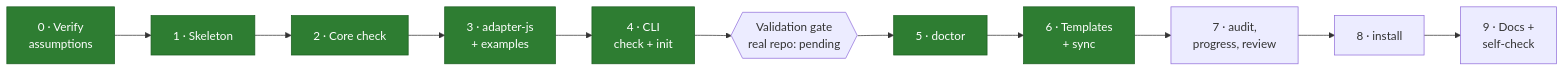
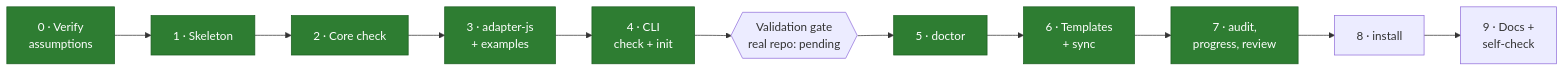
Diagram 13 of 13 in README.md (fredarcito/reins), drawn with Mermaid before and after one commit. The commit also changed other lines of this file and 13 other files, not shown here.

````diff
--- a/README.md
+++ b/README.md
@@ -452,8 +493,8 @@
 ```mermaid
 flowchart LR
     p0["0 · Verify<br/>assumptions"]:::done --> p1["1 · Skeleton"]:::done
     p1 --> p2["2 · Core check"]:::done --> p3["3 · adapter-js<br/>+ examples"]:::done --> p4["4 · CLI<br/>check + init"]:::done
     p4 --> gate{{"Validation gate<br/>real repo: pending"}}
-    gate --> p5["5 · doctor"]:::done --> p6["6 · Templates<br/>+ sync"]:::done --> p7["7 · audit,<br/>progress, review"] --> p8["8 · install"] --> p9["9 · Docs +<br/>self-check"]
+    gate --> p5["5 · doctor"]:::done --> p6["6 · Templates<br/>+ sync"]:::done --> p7["7 · audit,<br/>progress, review"]:::done --> p8["8 · install"] --> p9["9 · Docs +<br/>self-check"]
     classDef done fill:#2e7d32,color:#fff,stroke:#1b5e20
 ```
````
